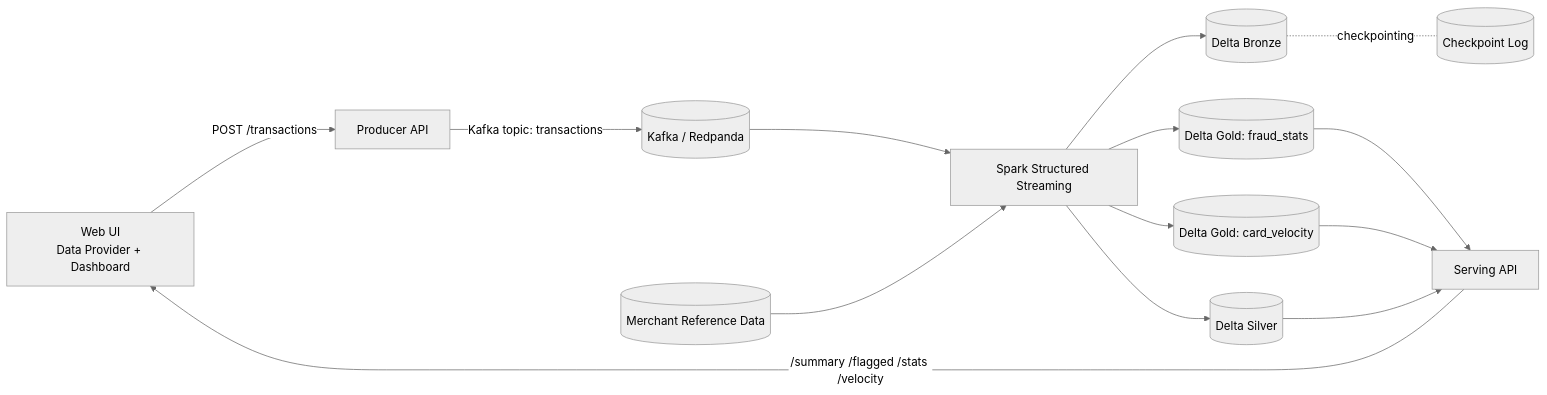
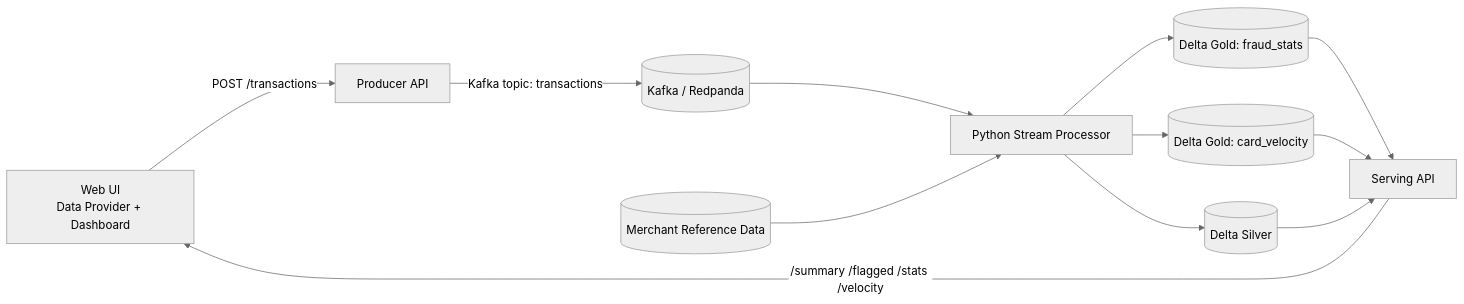
One commit to AnDOnE12345/fraud-detection-pipeline changed the diagram in README.md. Above: the diagram before and after it, drawn with Mermaid (neutral theme). The commit also changed other lines of this file, not shown here.

Commit message:
docs: align README with python-native stream processor

````diff
--- a/README.md
+++ b/README.md
@@ -57,16 +57,14 @@
 ```mermaid
 flowchart LR
         UI[Web UI\nData Provider + Dashboard] -->|POST /transactions| PROD[Producer API]
-        PROD -->|Kafka topic: transactions| KAFKA[(Kafka / Redpanda)]
-        KAFKA --> SPARK[Spark Structured Streaming]
-        REF[(Merchant Reference Data)] --> SPARK
-        SPARK --> BRONZE[(Delta Bronze)]
-        SPARK --> SILVER[(Delta Silver)]
-        SPARK --> GOLD1[(Delta Gold: fraud_stats)]
-        SPARK --> GOLD2[(Delta Gold: card_velocity)]
+    PROD -->|Kafka topic: transactions| KAFKA[(Kafka / Redpanda)]
+    KAFKA --> PROC[Python Stream Processor]
+    REF[(Merchant Reference Data)] --> PROC
+    PROC --> SILVER[(Delta Silver)]
+    PROC --> GOLD1[(Delta Gold: fraud_stats)]
+    PROC --> GOLD2[(Delta Gold: card_velocity)]
         GOLD1 --> SERVE[Serving API]
         GOLD2 --> SERVE
         SILVER --> SERVE
         SERVE -->|/summary /flagged /stats /velocity| UI
-        BRONZE -. checkpointing .- CKPT[(Checkpoint Log)]
 ```
````
